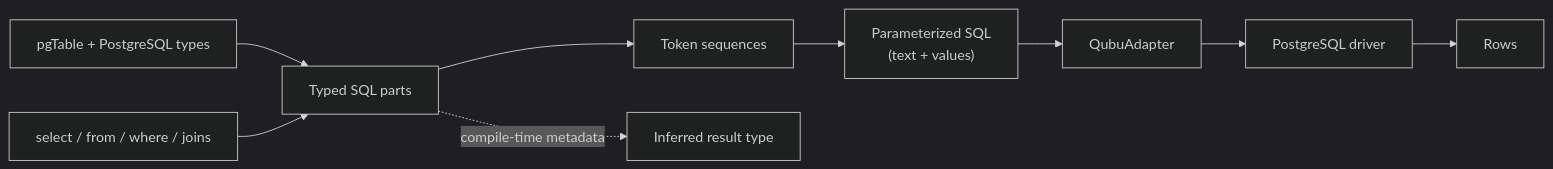
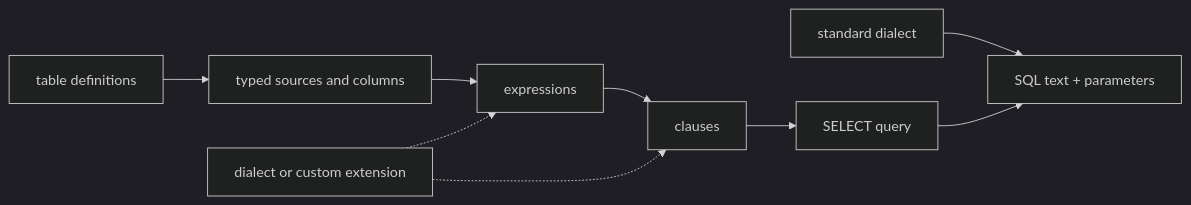
The diagram in design/concept.md (aleclarson/qubu), drawn with Mermaid (dark theme) before and after one commit. The commit also changed other lines of this file and 109 other files, not shown here.

First line of the commit message:
feat!: rebuild standard SQL select builder

````diff
--- a/design/concept.md
+++ b/design/concept.md
@@ -15,11 +22,11 @@
 ```mermaid
 flowchart LR
-    A["pgTable + PostgreSQL types"] --> B["Typed SQL parts"]
-    C["select / from / where / joins"] --> B
-    B --> D["Token sequences"]
-    D --> E["Parameterized SQL\n(text + values)"]
-    E --> F["QubuAdapter"]
-    F --> G["PostgreSQL driver"]
-    G --> H["Rows"]
-    B -. "compile-time metadata" .-> I["Inferred result type"]
+    A["table definitions"] --> B["typed sources and columns"]
+    B --> C["expressions"]
+    C --> D["clauses"]
+    D --> E["SELECT query"]
+    F["standard dialect"] --> G["SQL text + parameters"]
+    E --> G
+    H["dialect or custom extension"] -.-> C
+    H -.-> D
 ```
````
